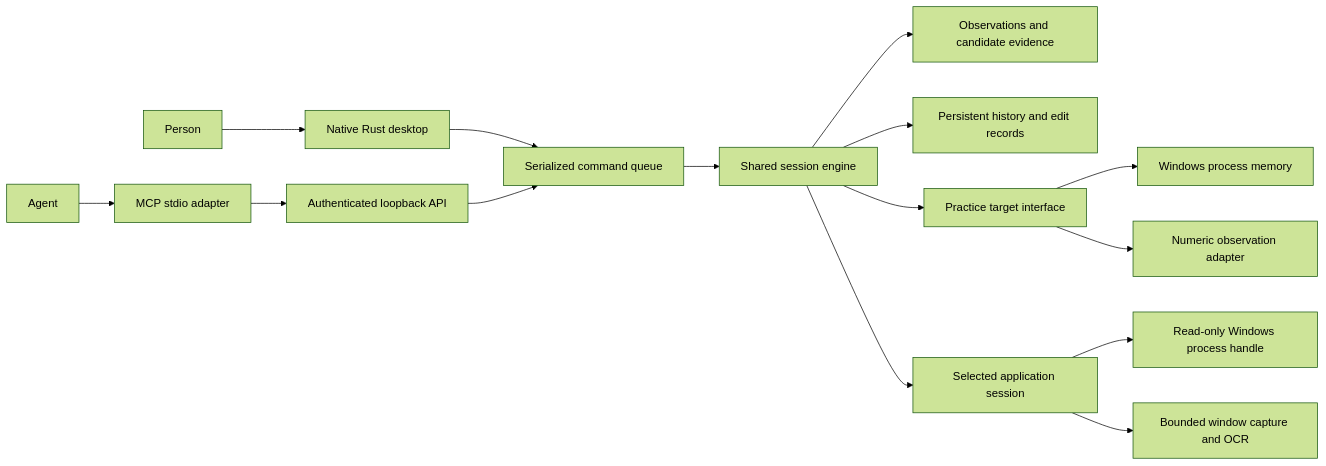
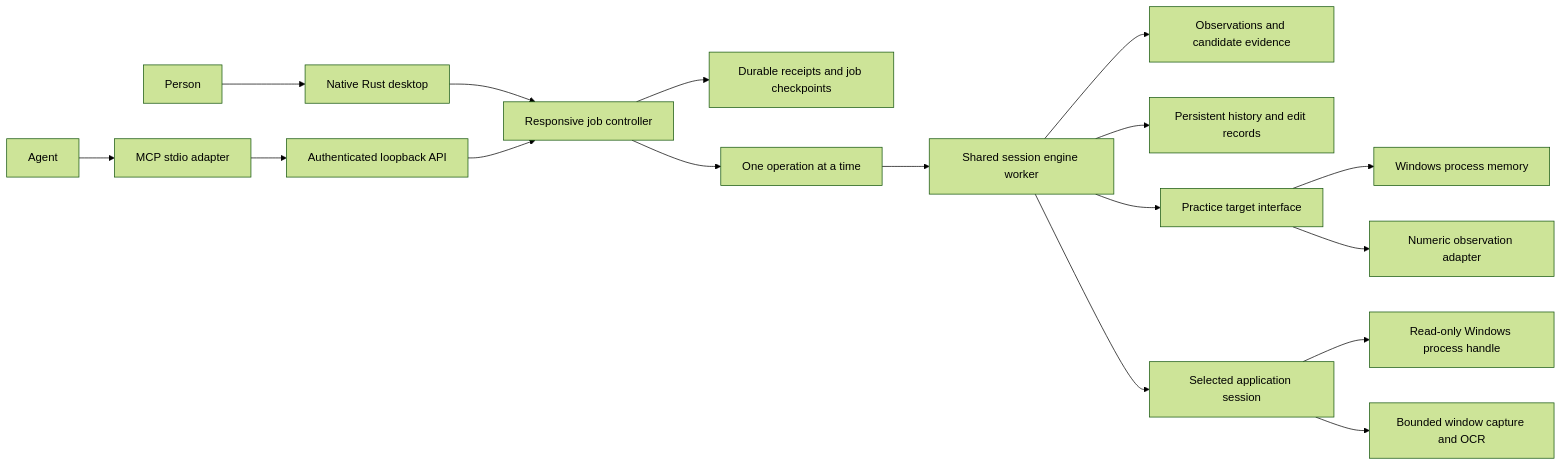
The diagram in docs/ARCHITECTURE.md (skulitom/Reversebolt), drawn with Mermaid (forest theme) before and after one commit. The commit also changed other lines of this file and 29 other files, not shown here.

Commit message:
Add durable observation jobs with responsive controls and human takeover

````diff
--- a/docs/ARCHITECTURE.md
+++ b/docs/ARCHITECTURE.md
@@ -3,17 +3,19 @@
 ```mermaid
 flowchart LR
     Person[Person] --> Desktop[Native Rust desktop]
     Agent[Agent] --> MCP[MCP stdio adapter]
     MCP --> API[Authenticated loopback API]
-    Desktop --> Queue[Serialized command queue]
-    API --> Queue
-    Queue --> Engine[Shared session engine]
+    Desktop --> Controller[Responsive job controller]
+    API --> Controller
+    Controller --> Journal[Durable receipts and job checkpoints]
+    Controller --> Queue[One operation at a time]
+    Queue --> Engine[Shared session engine worker]
     Engine --> Evidence[Observations and candidate evidence]
     Engine --> History[Persistent history and edit records]
     Engine --> Target[Practice target interface]
     Engine --> Live[Selected application session]
     Live --> Native[Read-only Windows process handle]
     Live --> Window[Bounded window capture and OCR]
     Target --> Memory[Windows process memory]
     Target --> Observations[Numeric observation adapter]
 ```
````
